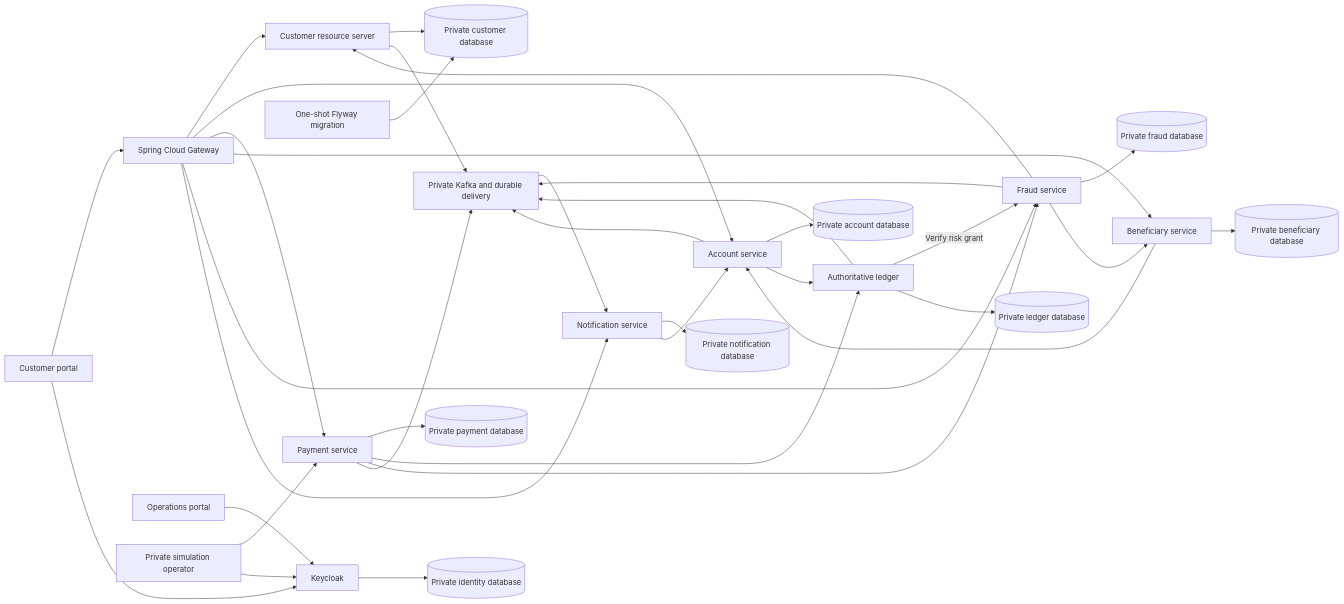
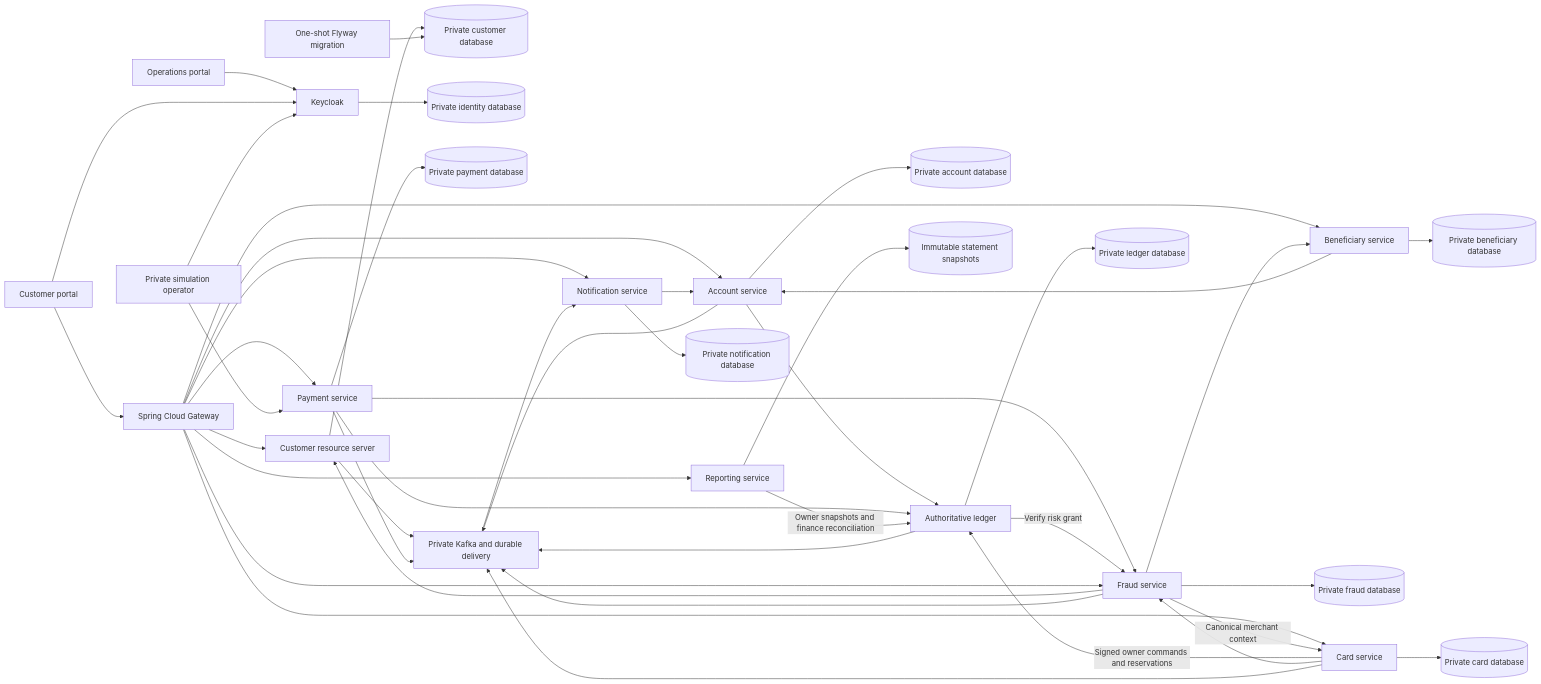
The diagram in README.md (ABDOUUisHERE/FinCore-Bank), drawn with Mermaid before and after one commit. The commit also changed other lines of this file and 10 other files, not shown here.

````diff
--- a/README.md
+++ b/README.md
@@ -32,37 +32,46 @@
 ```mermaid
 flowchart LR
   Customer[Customer portal] --> Gateway[Spring Cloud Gateway]
   Admin[Operations portal] --> Keycloak
   Customer --> Keycloak
   Gateway --> Service[Customer resource server]
   Service --> CDB[(Private customer database)]
   Keycloak --> KDB[(Private identity database)]
   Migration[One-shot Flyway migration] --> CDB
   Gateway --> Account[Account service]
   Gateway --> Payment[Payment service]
   Gateway --> Beneficiary[Beneficiary service]
   Beneficiary --> BDB[(Private beneficiary database)]
   Beneficiary --> Account
   Account --> ADB[(Private account database)]
   Payment --> PDB[(Private payment database)]
   Account --> Ledger[Authoritative ledger]
   Payment --> Ledger
   Payment --> Fraud[Fraud service]
   Ledger -->|Verify risk grant| Fraud
   Gateway --> Fraud
   Fraud --> FDB[(Private fraud database)]
   Fraud --> Service
   Fraud --> Beneficiary
+  Gateway --> Card[Card service]
+  Card --> CardDB[(Private card database)]
+  Card -->|Signed owner commands and reservations| Ledger
+  Card --> Fraud
+  Fraud -->|Canonical merchant context| Card
+  Gateway --> Reporting[Reporting service]
+  Reporting --> RDB[(Immutable statement snapshots)]
+  Reporting -->|Owner snapshots and finance reconciliation| Ledger
   Ledger --> LDB[(Private ledger database)]
   Gateway --> Notification[Notification service]
   Notification --> NDB[(Private notification database)]
   Service --> Kafka[Private Kafka and durable delivery]
   Account --> Kafka
   Payment --> Kafka
   Ledger --> Kafka
   Fraud --> Kafka
+  Card --> Kafka
   Kafka --> Notification
   Notification --> Account
   Operator[Private simulation operator] --> Payment
   Operator --> Keycloak
 ```
````
